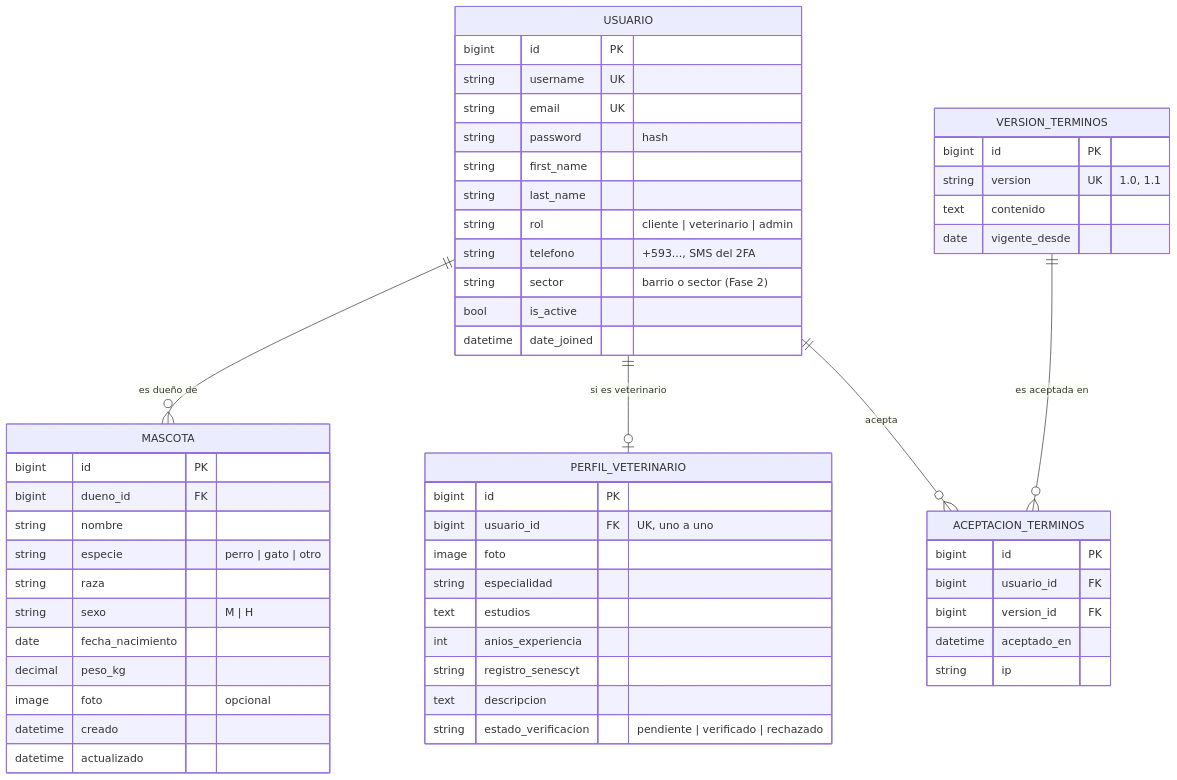
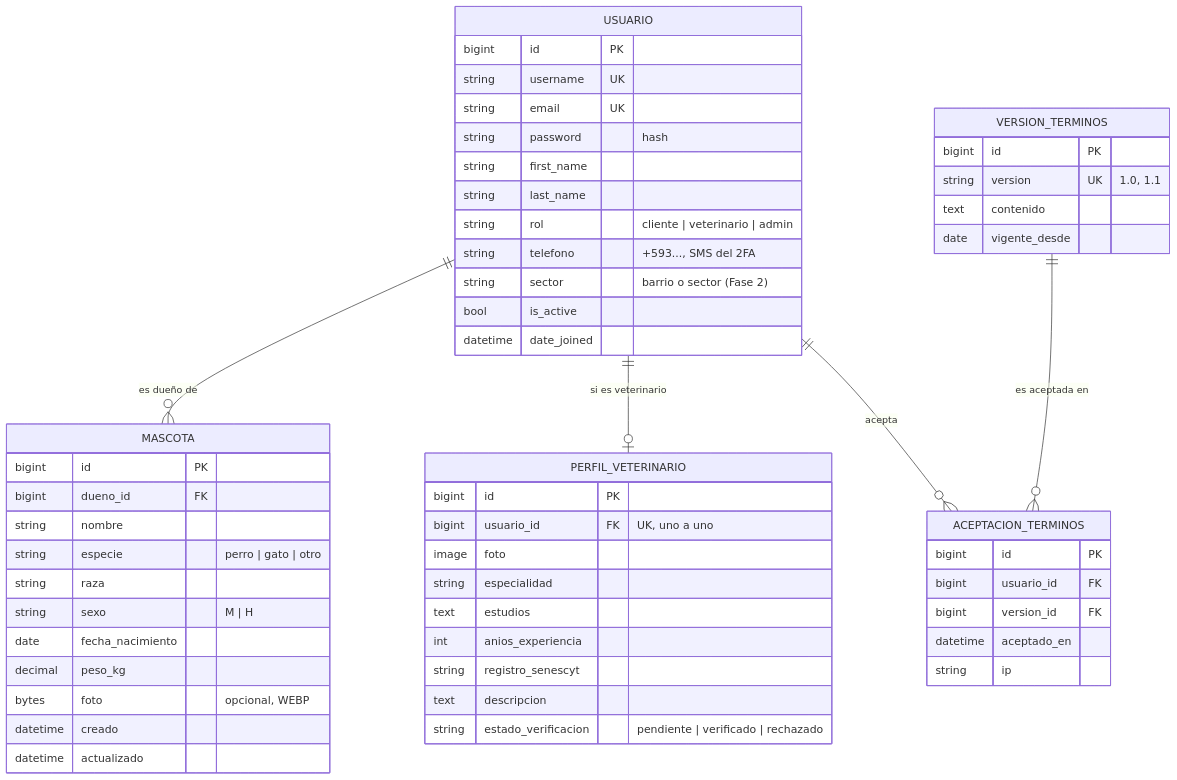
The first of 8 diagrams in docs/MODELO_DE_DATOS.md (josselyn12G/woof-vet-system), drawn with Mermaid before and after one commit. The commit also changed other lines of this file and 25 other files, not shown here.

````diff
--- a/docs/MODELO_DE_DATOS.md
+++ b/docs/MODELO_DE_DATOS.md
@@ -30,58 +30,58 @@
 ```mermaid
 erDiagram
     USUARIO ||--o{ MASCOTA : "es dueño de"
     USUARIO ||--o| PERFIL_VETERINARIO : "si es veterinario"
     USUARIO ||--o{ ACEPTACION_TERMINOS : "acepta"
     VERSION_TERMINOS ||--o{ ACEPTACION_TERMINOS : "es aceptada en"
 
     USUARIO {
         bigint id PK
         string username UK
         string email UK
         string password "hash"
         string first_name
         string last_name
         string rol "cliente | veterinario | admin"
         string telefono "+593..., SMS del 2FA"
         string sector "barrio o sector (Fase 2)"
         bool is_active
         datetime date_joined
     }
     MASCOTA {
         bigint id PK
         bigint dueno_id FK
         string nombre
         string especie "perro | gato | otro"
         string raza
         string sexo "M | H"
         date fecha_nacimiento
         decimal peso_kg
-        image foto "opcional"
+        bytes foto "opcional, WEBP"
         datetime creado
         datetime actualizado
     }
     PERFIL_VETERINARIO {
         bigint id PK
         bigint usuario_id FK "UK, uno a uno"
         image foto
         string especialidad
         text estudios
         int anios_experiencia
         string registro_senescyt
         text descripcion
         string estado_verificacion "pendiente | verificado | rechazado"
     }
     VERSION_TERMINOS {
         bigint id PK
         string version UK "1.0, 1.1"
         text contenido
         date vigente_desde
     }
     ACEPTACION_TERMINOS {
         bigint id PK
         bigint usuario_id FK
         bigint version_id FK
         datetime aceptado_en
         string ip
     }
 ```
````
